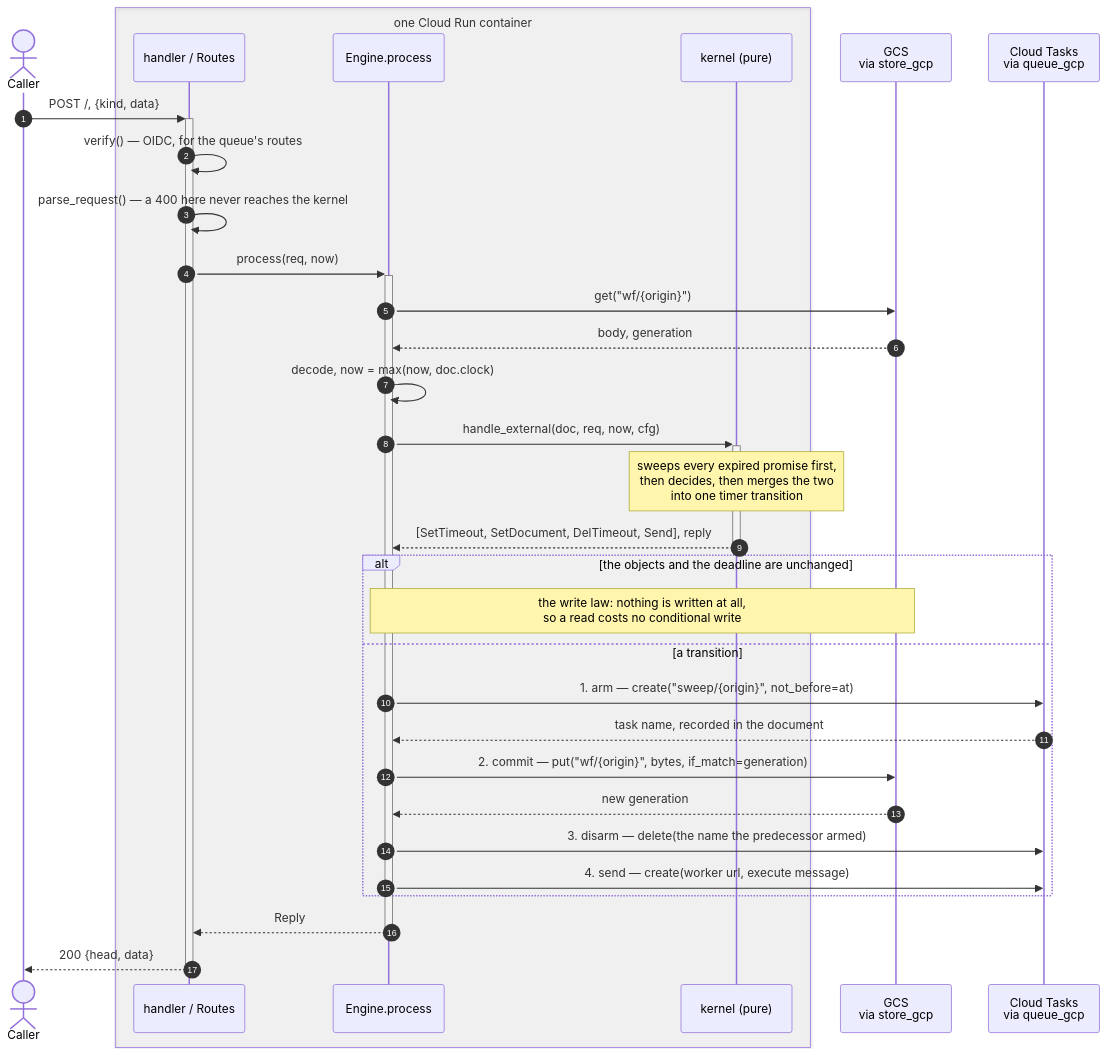
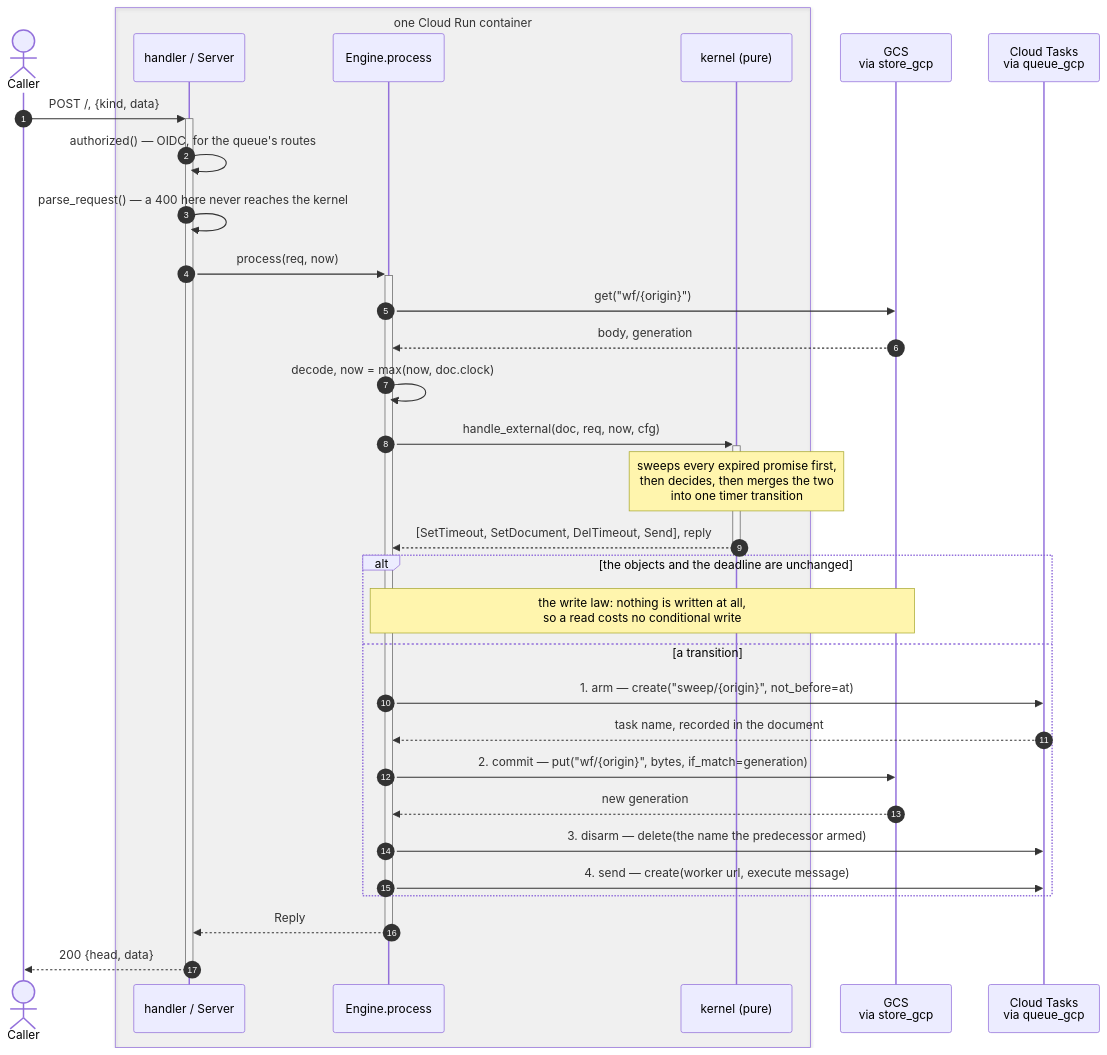
The second of 6 diagrams in code/final/SEQUENCE.md (resonatehq/durable-execution), drawn with Mermaid before and after one commit. The commit also changed other lines of this file and 28 other files, not shown here.

````diff
--- a/code/final/SEQUENCE.md
+++ b/code/final/SEQUENCE.md
@@ -81,39 +81,39 @@
 ```mermaid
 sequenceDiagram
     autonumber
     actor C as Caller
     box rgba(128,128,128,0.08) one Cloud Run container
-        participant H as handler / Routes
+        participant H as handler / Server
         participant E as Engine.process
         participant K as kernel (pure)
     end
     participant S as GCS<br/>via store_gcp
     participant T as Cloud Tasks<br/>via queue_gcp
 
     C->>+H: POST /, {kind, data}
-    H->>H: verify() — OIDC, for the queue's routes
+    H->>H: authorized() — OIDC, for the queue's routes
     H->>H: parse_request() — a 400 here never reaches the kernel
     H->>+E: process(req, now)
 
     E->>S: get("wf/{origin}")
     S-->>E: body, generation
     E->>E: decode, now = max(now, doc.clock)
 
     E->>+K: handle_external(doc, req, now, cfg)
     Note over K: sweeps every expired promise first,<br/>then decides, then merges the two<br/>into one timer transition
     K-->>-E: [SetTimeout, SetDocument, DelTimeout, Send], reply
 
     alt the objects and the deadline are unchanged
         Note over E,S: the write law: nothing is written at all,<br/>so a read costs no conditional write
     else a transition
         E->>T: 1. arm — create("sweep/{origin}", not_before=at)
         T-->>E: task name, recorded in the document
         E->>S: 2. commit — put("wf/{origin}", bytes, if_match=generation)
         S-->>E: new generation
         E->>T: 3. disarm — delete(the name the predecessor armed)
         E->>T: 4. send — create(worker url, execute message)
     end
 
     E-->>-H: Reply
     H-->>-C: 200 {head, data}
 ```
````
